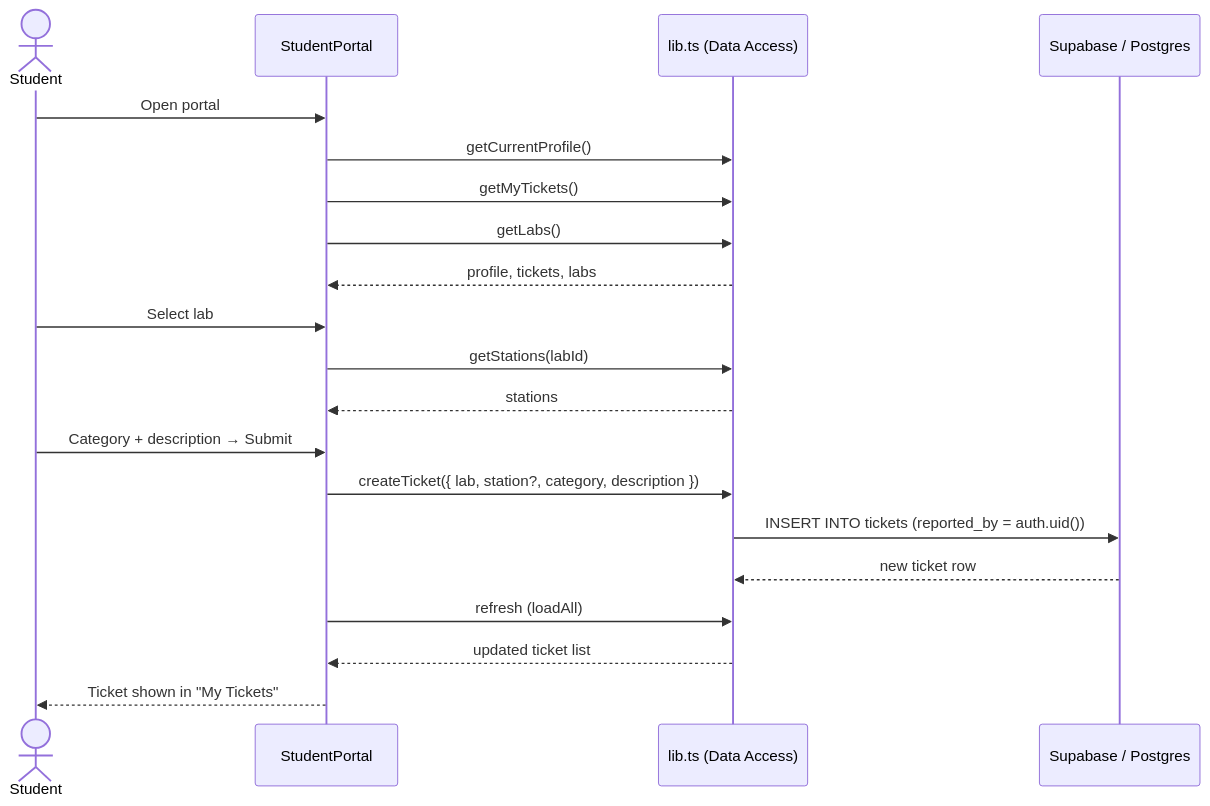
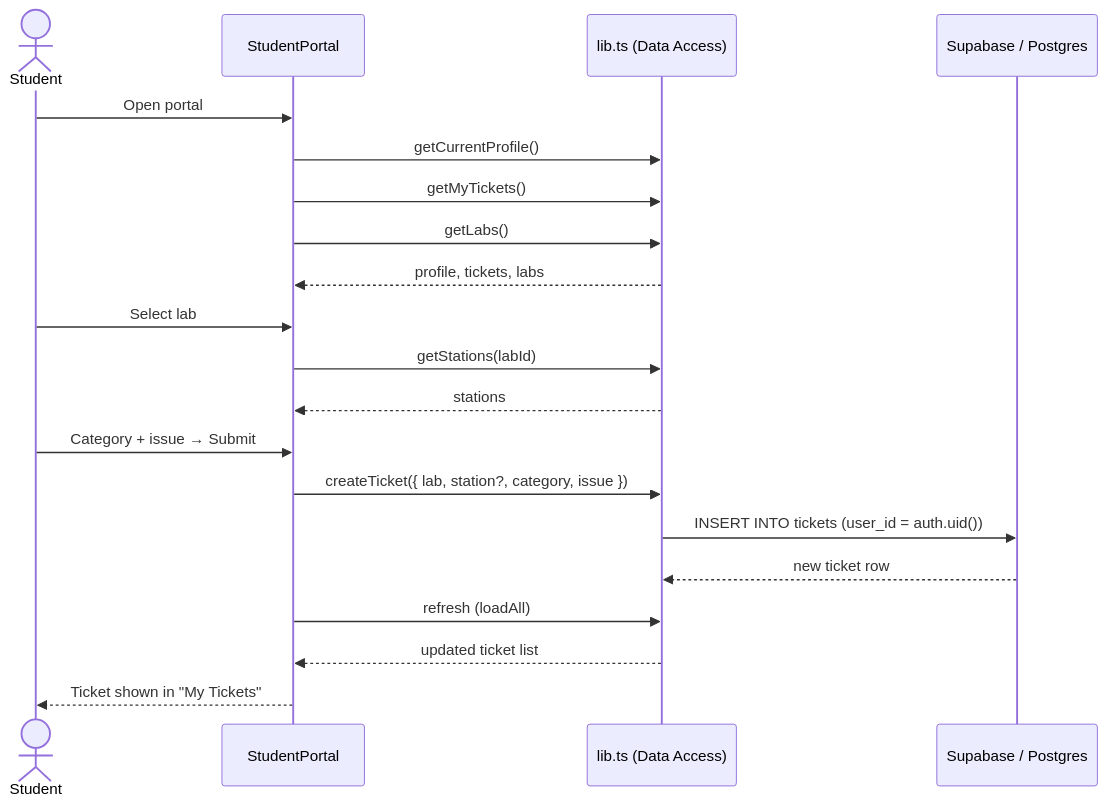
One commit to SeanixReal/Jobelonese changed the third of 4 diagrams in docs/presentation/UML_DIAGRAMS.md. Above: the diagram before and after it, drawn with Mermaid. The commit also changed other lines of this file, not shown here.

First line of the commit message:
docs: align UML ERD with live Supabase schema (#59)

````diff
--- a/docs/presentation/UML_DIAGRAMS.md
+++ b/docs/presentation/UML_DIAGRAMS.md
@@ -129,23 +139,23 @@
 ```mermaid
 sequenceDiagram
     actor St as Student
     participant P as StudentPortal
     participant L as lib.ts (Data Access)
     participant DB as Supabase / Postgres
 
     St->>P: Open portal
     P->>L: getCurrentProfile()
     P->>L: getMyTickets()
     P->>L: getLabs()
     L-->>P: profile, tickets, labs
     St->>P: Select lab
     P->>L: getStations(labId)
     L-->>P: stations
-    St->>P: Category + description → Submit
-    P->>L: createTicket({ lab, station?, category, description })
-    L->>DB: INSERT INTO tickets (reported_by = auth.uid())
+    St->>P: Category + issue → Submit
+    P->>L: createTicket({ lab, station?, category, issue })
+    L->>DB: INSERT INTO tickets (user_id = auth.uid())
     DB-->>L: new ticket row
     P->>L: refresh (loadAll)
     L-->>P: updated ticket list
     P-->>St: Ticket shown in "My Tickets"
 ```
````
